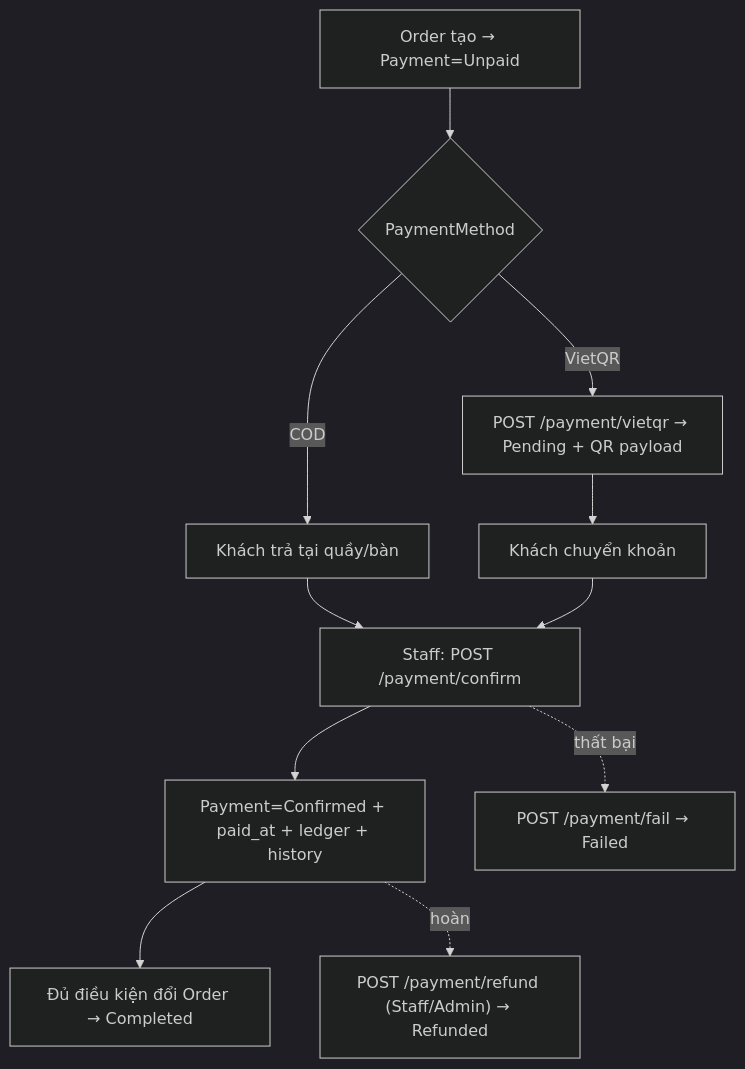
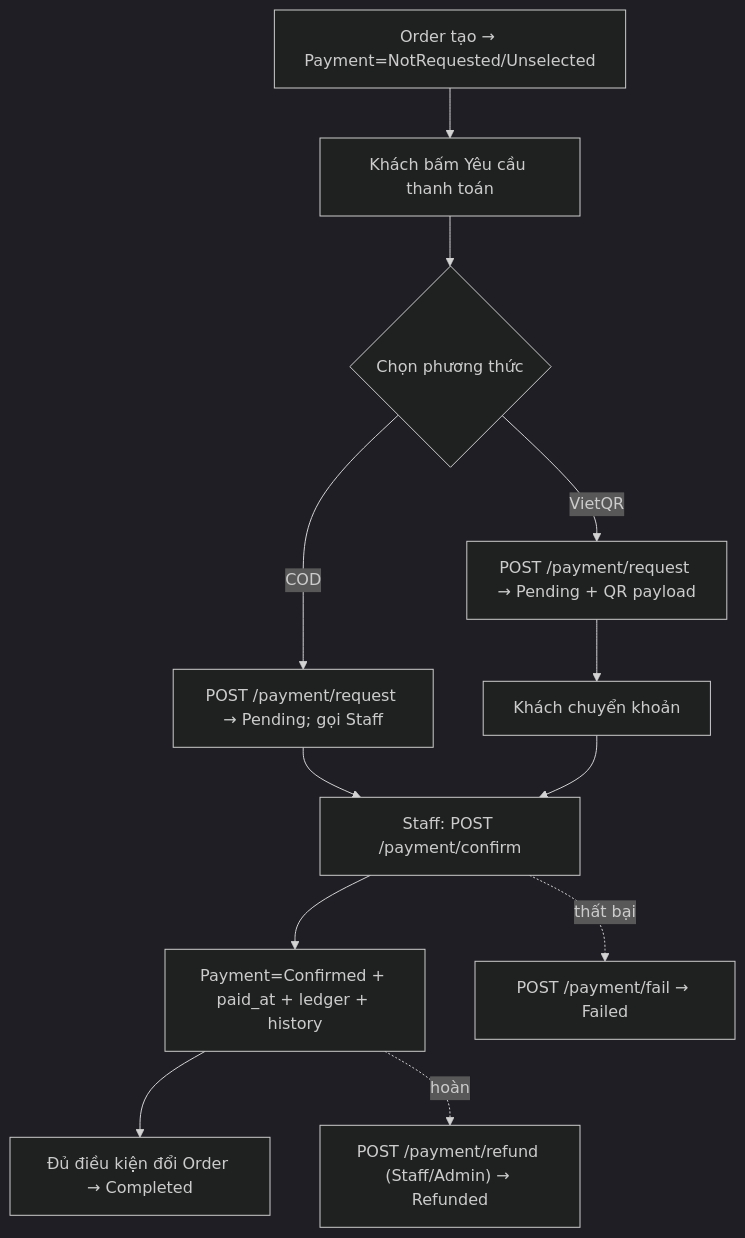
The tenth of 12 diagrams in docs/SYSTEM_ANALYSIS_DESIGN.md (Anpham120/restaurant-qr-ai-ordering), drawn with Mermaid (dark theme) before and after one commit. The commit also changed other lines of this file and 279 other files, not shown here.

Commit message:
feat: complete table QR ordering flow

````diff
--- a/docs/SYSTEM_ANALYSIS_DESIGN.md
+++ b/docs/SYSTEM_ANALYSIS_DESIGN.md
@@ -376,13 +376,14 @@
 ```mermaid
 flowchart TD
-    A["Order tạo → Payment=Unpaid"] --> B{PaymentMethod}
-    B -->|COD| C["Khách trả tại quầy/bàn"]
-    B -->|VietQR| D["POST /payment/vietqr → Pending + QR payload"]
+    A["Order tạo → Payment=NotRequested/Unselected"] --> B["Khách bấm Yêu cầu thanh toán"]
+    B --> M{Chọn phương thức}
+    M -->|COD| C["POST /payment/request → Pending; gọi Staff"]
+    M -->|VietQR| D["POST /payment/request → Pending + QR payload"]
     D --> E["Khách chuyển khoản"]
     C --> F["Staff: POST /payment/confirm"]
     E --> F
     F --> G["Payment=Confirmed + paid_at + ledger + history"]
     G --> H["Đủ điều kiện đổi Order → Completed"]
     F -.thất bại.-> X["POST /payment/fail → Failed"]
     G -.hoàn.-> R["POST /payment/refund (Staff/Admin) → Refunded"]
 ```
````
